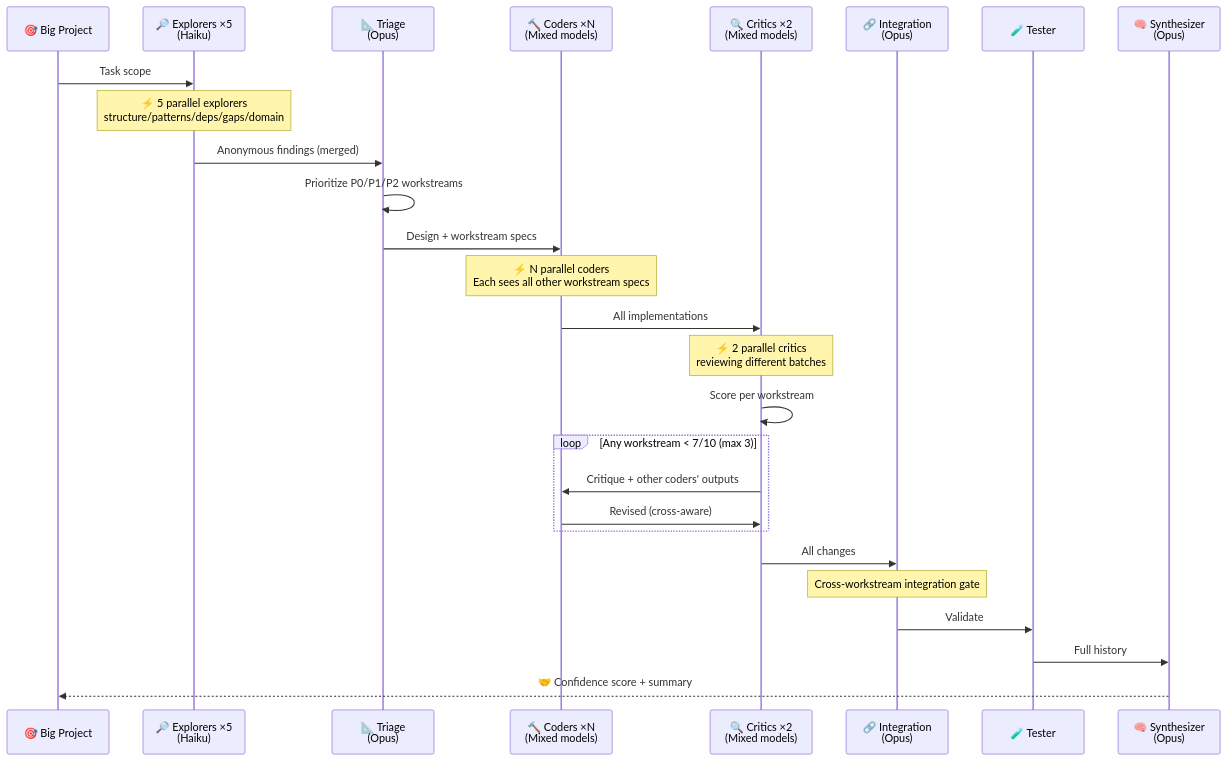
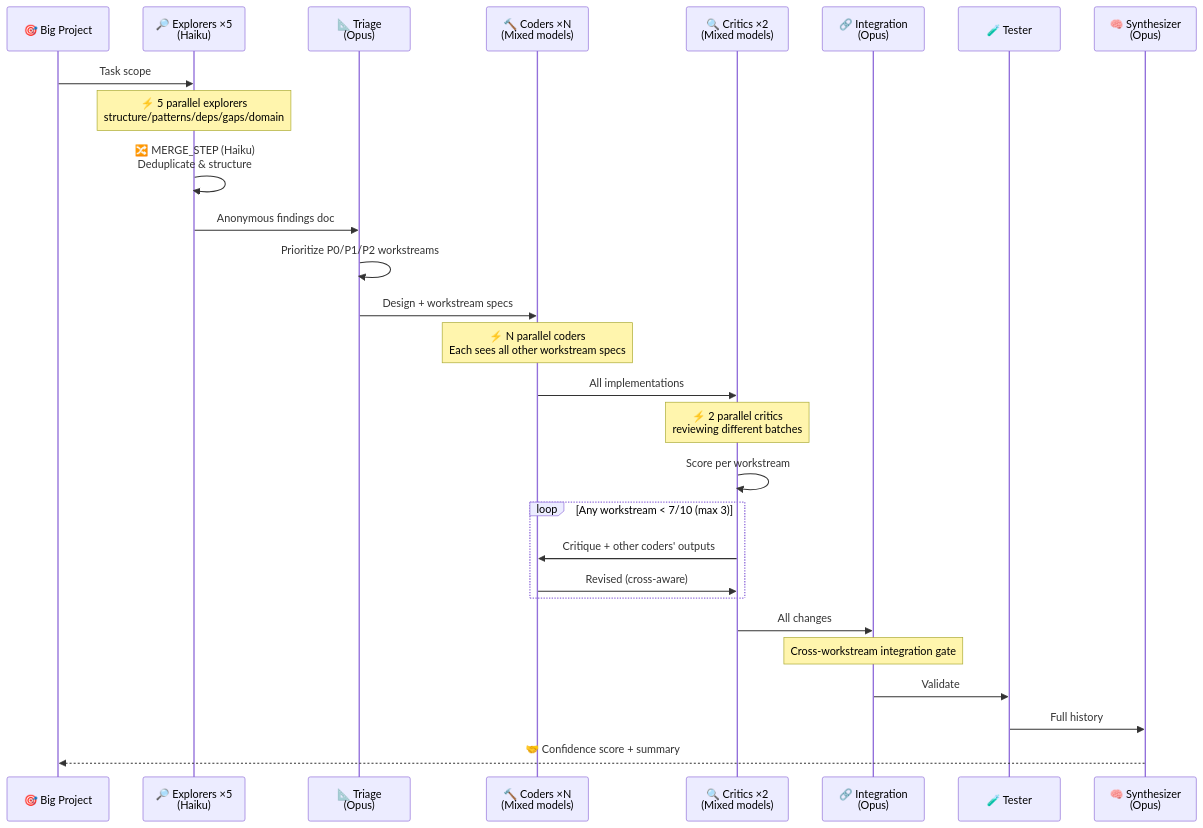
Before and after one commit to schwarztim/open-swarm: the seventh of 7 diagrams in README.md, drawn with Mermaid. The commit also changed other lines of this file, not shown here.

First line of the commit message:
docs: Update README for v5.1 Merge Protocol

````diff
--- a/README.md
+++ b/README.md
@@ -295,32 +298,33 @@
 ```mermaid
 sequenceDiagram
     participant U as 🎯 Big Project
     participant E as 🔎 Explorers ×5<br/>(Haiku)
     participant A as 📐 Triage<br/>(Opus)
     participant C as 🔨 Coders ×N<br/>(Mixed models)
     participant R as 🔍 Critics ×2<br/>(Mixed models)
     participant X as 🔗 Integration<br/>(Opus)
     participant T as 🧪 Tester
     participant S as 🧠 Synthesizer<br/>(Opus)
     
     U->>E: Task scope
     Note over E: ⚡ 5 parallel explorers<br/>structure/patterns/deps/gaps/domain
-    E->>A: Anonymous findings (merged)
+    E->>E: 🔀 MERGE_STEP (Haiku)<br/>Deduplicate & structure
+    E->>A: Anonymous findings doc
     A->>A: Prioritize P0/P1/P2 workstreams
     A->>C: Design + workstream specs
     Note over C: ⚡ N parallel coders<br/>Each sees all other workstream specs
     C->>R: All implementations
     Note over R: ⚡ 2 parallel critics<br/>reviewing different batches
     R->>R: Score per workstream
     
     loop Any workstream < 7/10 (max 3)
         R->>C: Critique + other coders' outputs
         C->>R: Revised (cross-aware)
     end
     
     R->>X: All changes
     Note over X: Cross-workstream integration gate
     X->>T: Validate
     T->>S: Full history
     S-->>U: 🤝 Confidence score + summary
 ```
````
